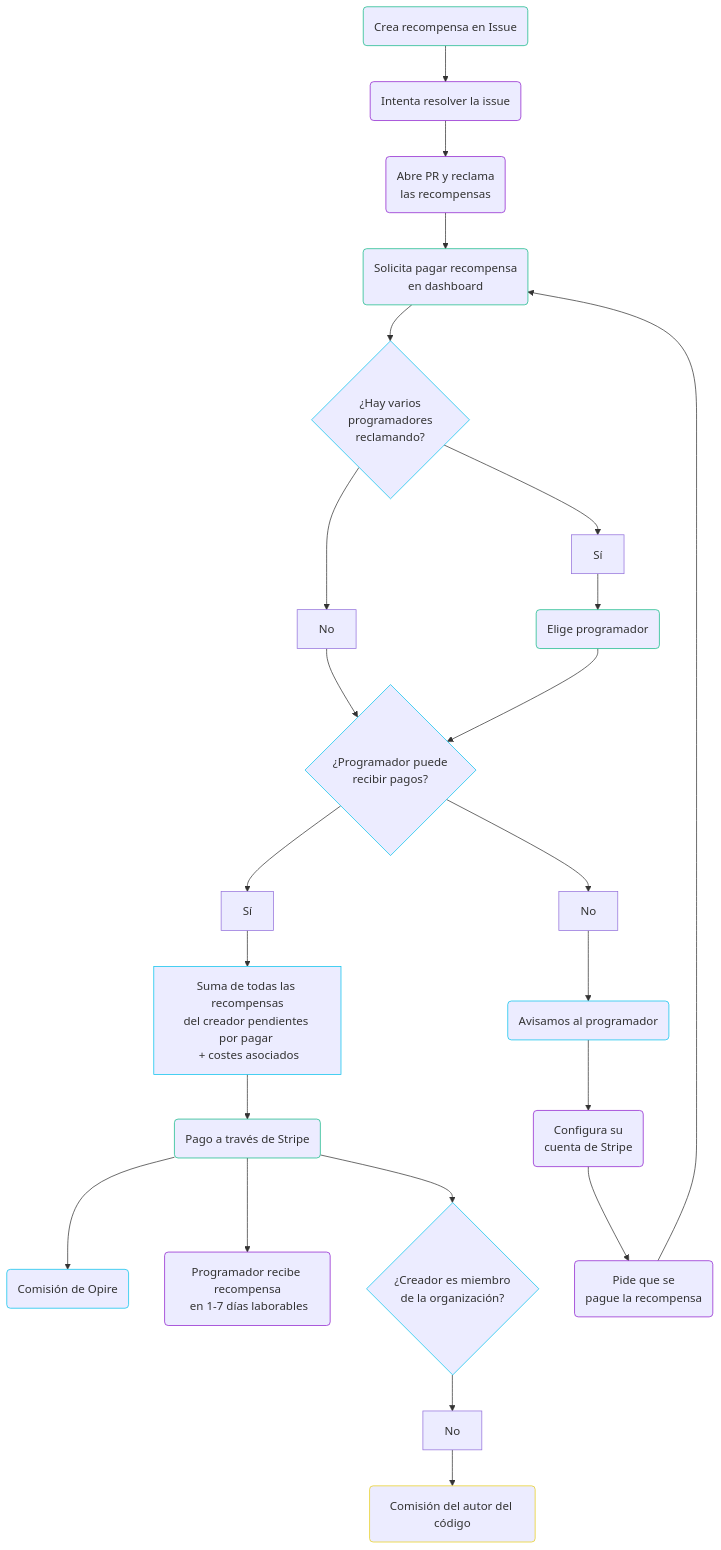
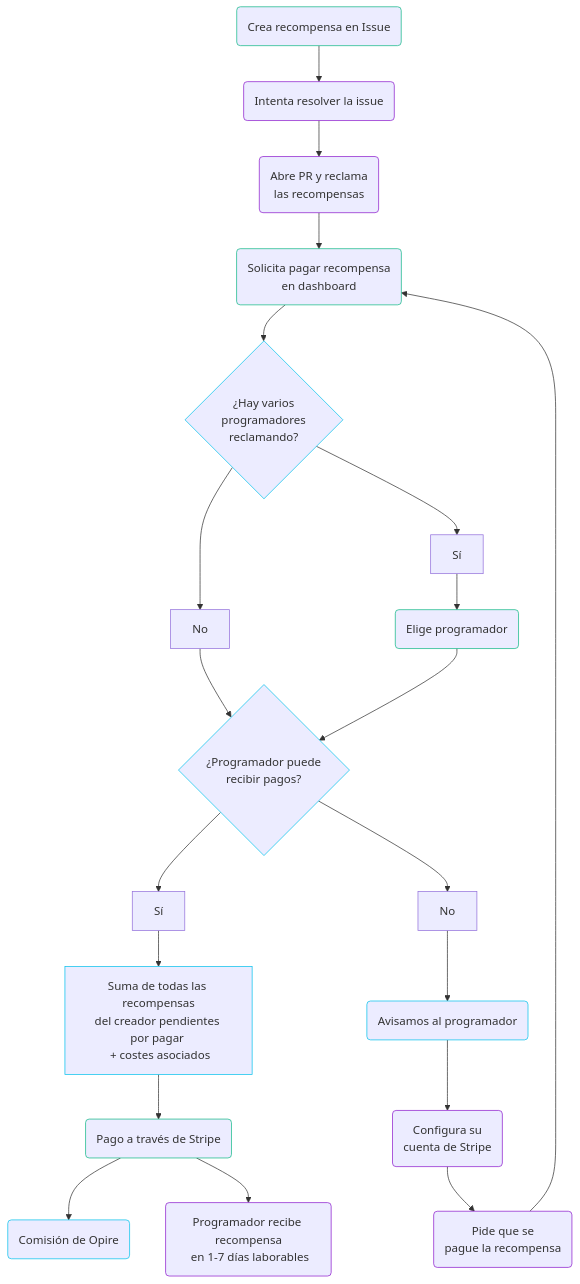
The second of 2 diagrams in pages/rewards/lifecycle.es.mdx (Opire/docs), drawn with Mermaid before and after one commit. The commit also changed other lines of this file and 34 other files, not shown here.

````diff
--- a/pages/rewards/lifecycle.es.mdx
+++ b/pages/rewards/lifecycle.es.mdx
@@ -47,22 +39,21 @@
 ```mermaid
 flowchart TD
     classDef opire stroke:#06C2EC
     classDef creator stroke:#12b886
     classDef programmer stroke:#8D1DCD
     classDef codeowner stroke:#E7CE1B
     create_reward(Crea recompensa en Issue):::creator --> try_to_solve(Intenta resolver la issue):::programmer
     try_to_solve --> claim_rewards(Abre PR y reclama <br/>las recompensas):::programmer
     claim_rewards --> pay_request(Solicita pagar recompensa <br/>en dashboard):::creator
     pay_request --> multiple_programmers{¿Hay varios<br/>programadores<br/> reclamando?}:::opire
     multiple_programmers --> multiple_programmers_no[No] --> can_programmer_be_paid{¿Programador puede <br/>recibir pagos?}:::opire
     multiple_programmers --> multiple_programmers_yes[Sí] --> choose_programmer(Elige programador):::creator --> can_programmer_be_paid
     can_programmer_be_paid --> can_programmer_be_paid_yes[Sí] --> sum_rewards_amount[Suma de todas las recompensas<br/>del creador pendientes por pagar <br/> + costes asociados]:::opire
     sum_rewards_amount --> pay_from_stripe(Pago a través de Stripe):::creator
     pay_from_stripe --> opire_fee(Comisión de Opire):::opire
     pay_from_stripe --> programmer_payment(Programador recibe recompensa<br/> en 1-7 días laborables):::programmer
-    pay_from_stripe --> creator_is_member{¿Creador es miembro<br/> de la organización?}:::opire -->  creator_is_not_member[No] --> codeowner_fee(Comisión del autor del código):::codeowner
     can_programmer_be_paid --> can_programmer_be_paid_no[No] --> D(Avisamos al programador):::opire
     D --> H(Configura su <br/>cuenta de Stripe):::programmer
     H --> I(Pide que se <br/>pague la recompensa):::programmer
     I --> pay_request
 ```
````
